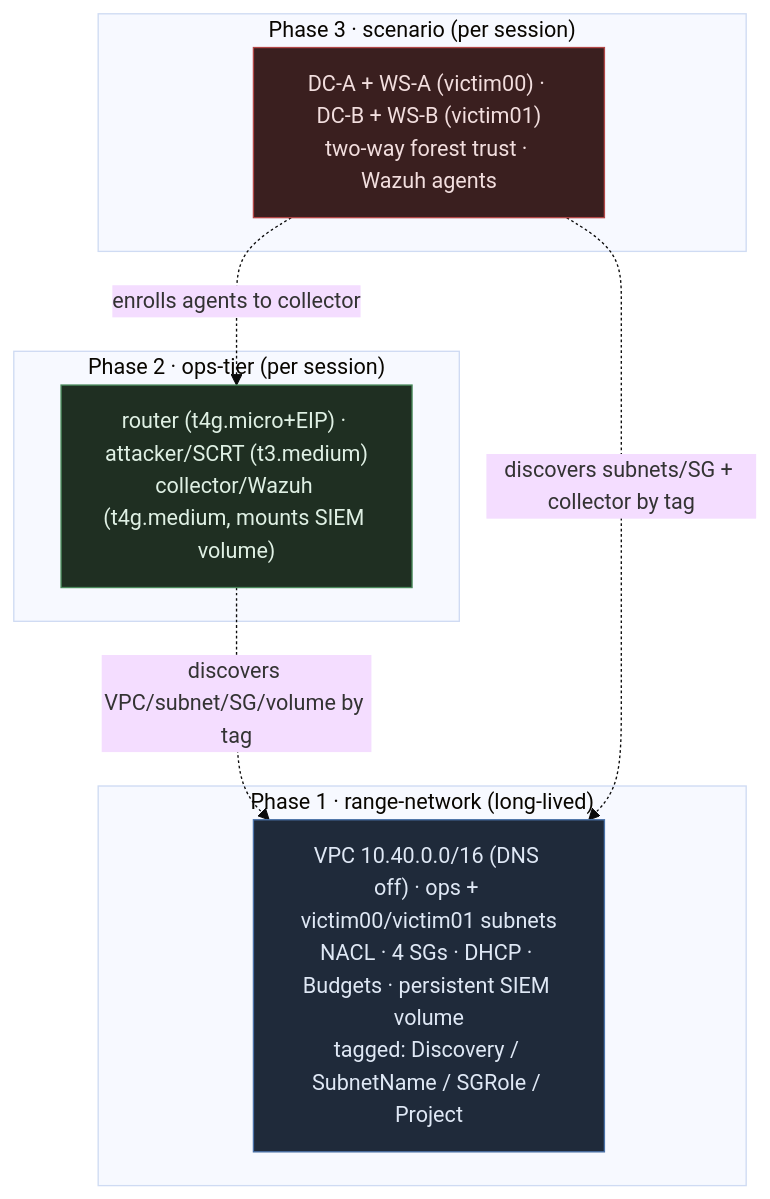
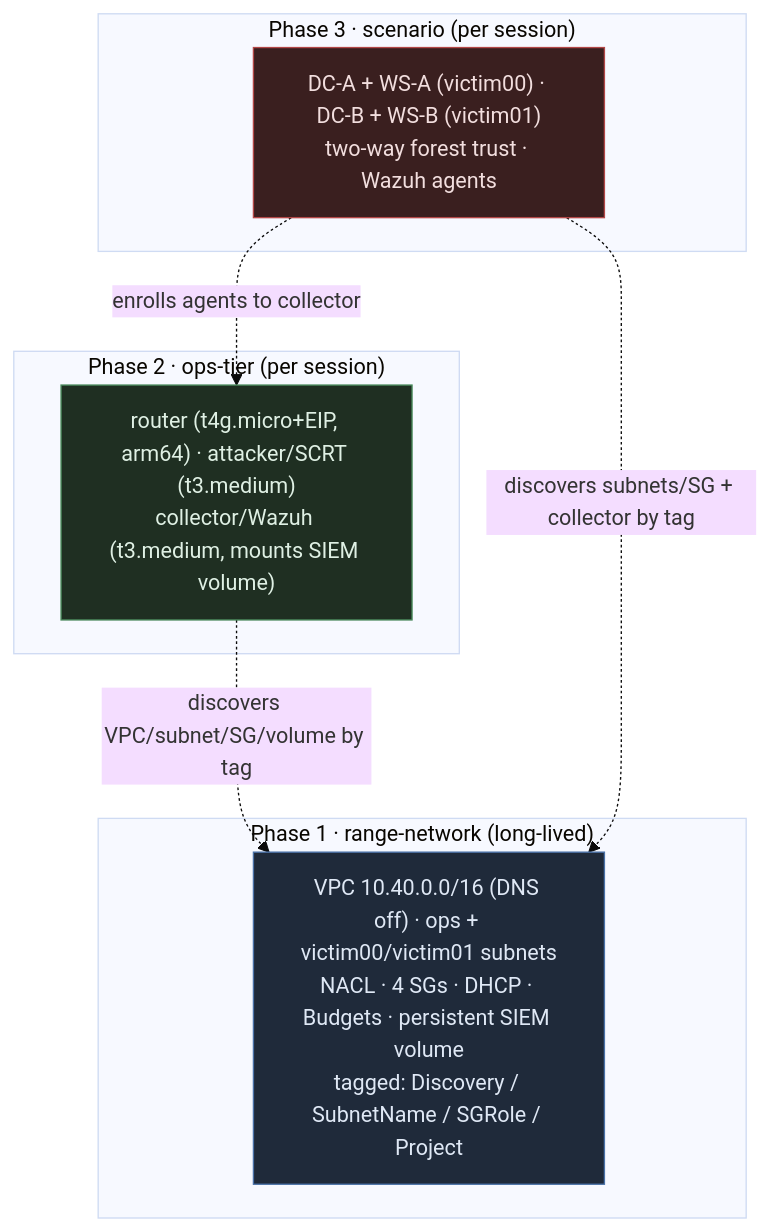
The diagram in _docs/runbooks/aws-range-deployment.md (alexrf45/security-labs), drawn with Mermaid (base theme) before and after one commit. The commit also changed other lines of this file and 37 other files, not shown here.

````diff
--- a/_docs/runbooks/aws-range-deployment.md
+++ b/_docs/runbooks/aws-range-deployment.md
@@ -35,22 +32,22 @@
 ```mermaid
 graph TB
     subgraph P1["Phase 1 · range-network (long-lived)"]
         NET["VPC 10.40.0.0/16 (DNS off) · ops + victim00/victim01 subnets<br/>NACL · 4 SGs · DHCP · Budgets · persistent SIEM volume<br/>tagged: Discovery / SubnetName / SGRole / Project"]
     end
     subgraph P2["Phase 2 · ops-tier (per session)"]
-        OPS["router (t4g.micro+EIP) · attacker/SCRT (t3.medium)<br/>collector/Wazuh (t4g.medium, mounts SIEM volume)"]
+        OPS["router (t4g.micro+EIP, arm64) · attacker/SCRT (t3.medium)<br/>collector/Wazuh (t3.medium, mounts SIEM volume)"]
     end
     subgraph P3["Phase 3 · scenario (per session)"]
         SC["DC-A + WS-A (victim00) · DC-B + WS-B (victim01)<br/>two-way forest trust · Wazuh agents"]
     end
     OPS -. "discovers VPC/subnet/SG/volume by tag" .-> NET
     SC  -. "discovers subnets/SG + collector by tag" .-> NET
     SC  -. "enrolls agents to collector" .-> OPS
 
     classDef net fill:#1f2a3a,stroke:#4a72a8,color:#dfe8f5
     classDef ops fill:#1f2f22,stroke:#4a8a5c,color:#dff0e4
     classDef sc  fill:#3a1f1f,stroke:#b34747,color:#f2dede
     class NET net
     class OPS ops
     class SC sc
 ```
````
